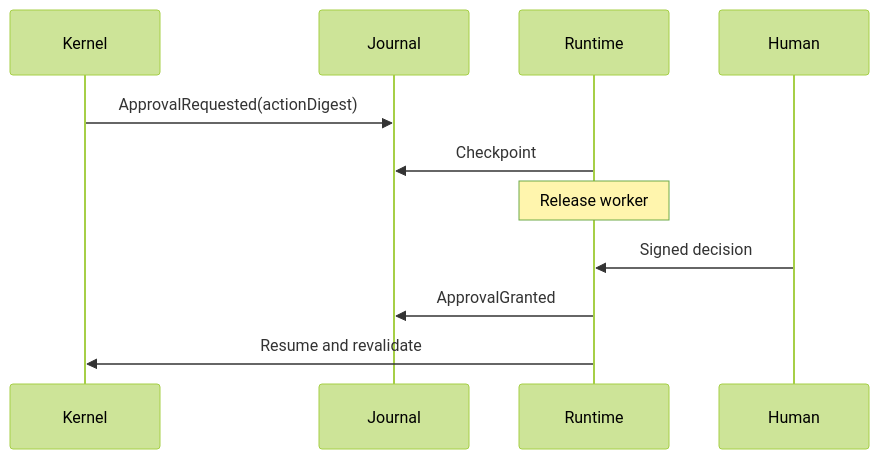
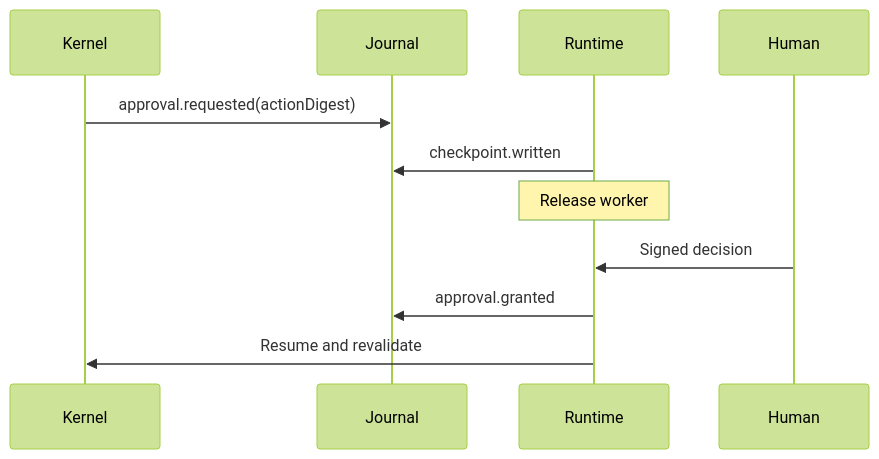
Before and after one commit to thaithienvanid/agentic-reference-architecture: the tenth of 15 diagrams in diagrams/index.mdx, drawn with Mermaid (forest theme). The commit also changed other lines of this file and 20 other files, not shown here.

Commit message:
normalize architecture contracts and execution ontology

````diff
--- a/diagrams/index.mdx
+++ b/diagrams/index.mdx
@@ -161,13 +180,13 @@
 ```mermaid
 sequenceDiagram
   participant Kernel
   participant Journal
   participant Runtime
   participant Human
-  Kernel->>Journal: ApprovalRequested(actionDigest)
-  Runtime->>Journal: Checkpoint
+  Kernel->>Journal: approval.requested(actionDigest)
+  Runtime->>Journal: checkpoint.written
   Note over Runtime: Release worker
   Human->>Runtime: Signed decision
-  Runtime->>Journal: ApprovalGranted
+  Runtime->>Journal: approval.granted
   Runtime->>Kernel: Resume and revalidate
 ```
````
